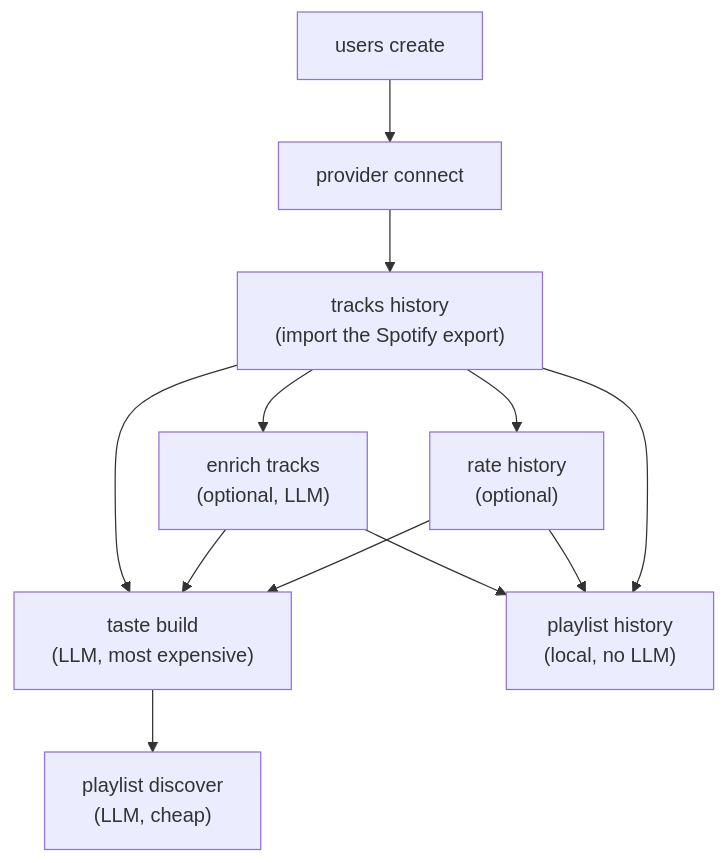
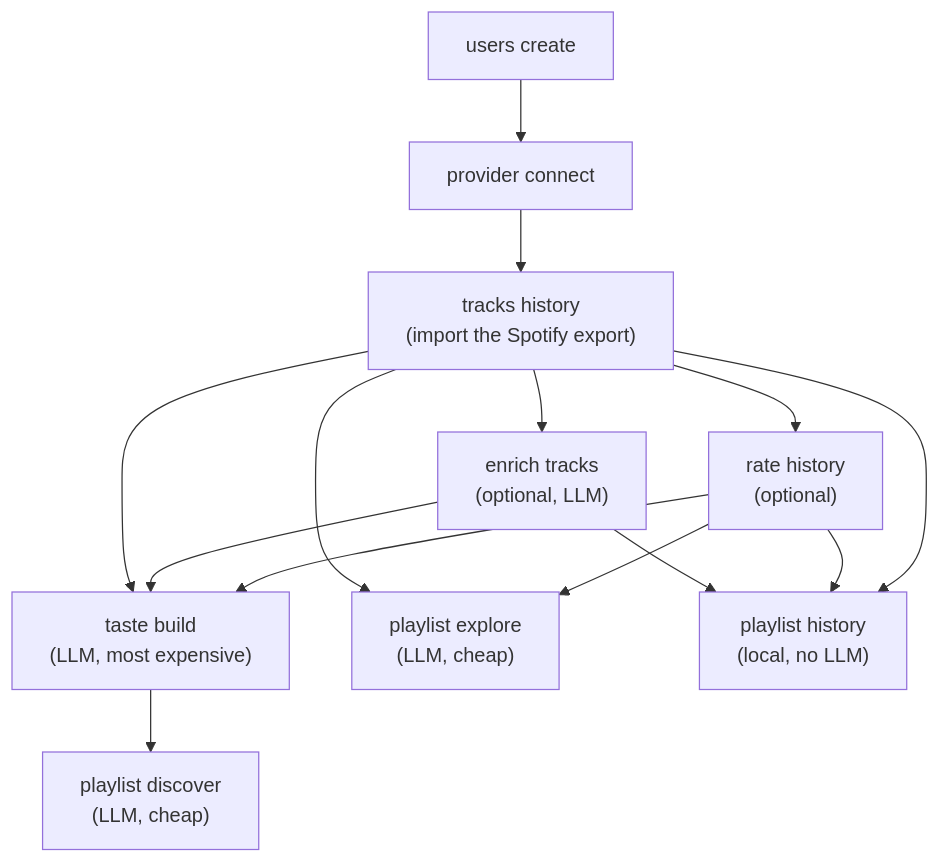
Before and after one commit to ychab/museflow: the diagram in docs/user-guide/index.md, drawn with Mermaid. The commit also changed other lines of this file and 22 other files, not shown here.

First line of the commit message:
feat(playlist): explore the unknown tracks of the user's favourite artists

````diff
--- a/docs/user-guide/index.md
+++ b/docs/user-guide/index.md
@@ -26,14 +26,16 @@
 ```mermaid
 flowchart TD
     A["users create"] --> B["provider connect"]
     B --> C["tracks history<br/>(import the Spotify export)"]
     C --> D["rate history<br/>(optional)"]
     C --> E["enrich tracks<br/>(optional, LLM)"]
     D --> F["taste build<br/>(LLM, most expensive)"]
     E --> F
     C --> F
     F --> G["playlist discover<br/>(LLM, cheap)"]
+    D --> X["playlist explore<br/>(LLM, cheap)"]
+    C --> X
     C --> H["playlist history<br/>(local, no LLM)"]
     D --> H
     E --> H
 ```
````
